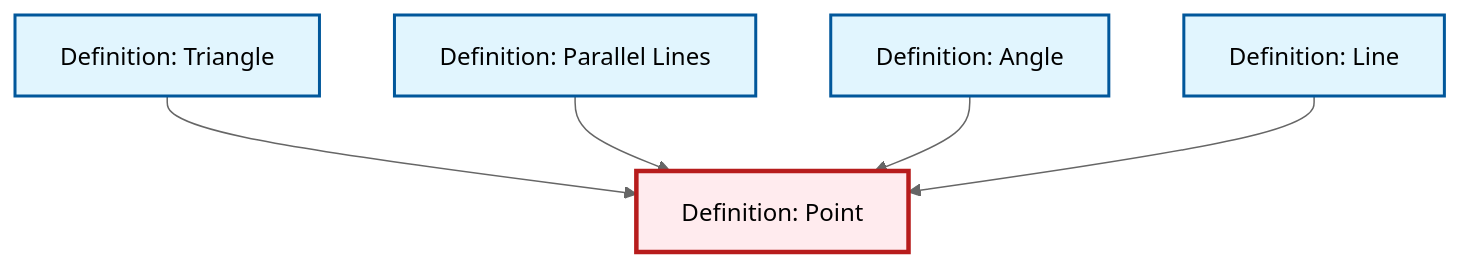
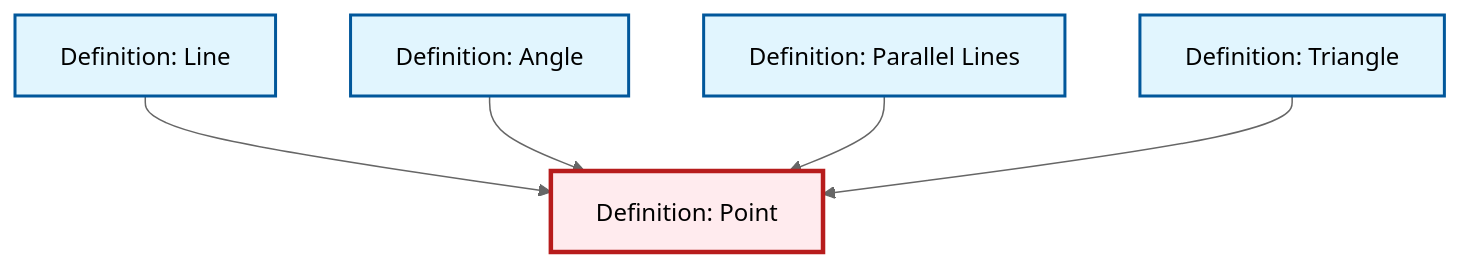
Before and after one commit to RK0429/ModernMath: the diagram in content/en/geometry/def-point.qmd, drawn with Mermaid (neutral theme). The commit also changed other lines of this file and 474 other files, not shown here.

````diff
--- a/content/en/geometry/def-point.qmd
+++ b/content/en/geometry/def-point.qmd
@@ -39,23 +39,23 @@
 ```{mermaid}
 %%| fig-cap: "Local dependency graph"
 graph TD
     classDef definition fill:#e1f5fe,stroke:#01579b,stroke-width:2px
     classDef theorem fill:#f3e5f5,stroke:#4a148c,stroke-width:2px
     classDef axiom fill:#fff3e0,stroke:#e65100,stroke-width:2px
     classDef example fill:#e8f5e9,stroke:#1b5e20,stroke-width:2px
     classDef current fill:#ffebee,stroke:#b71c1c,stroke-width:3px
+    def-triangle["Definition: Triangle"]:::definition
+    def-point["Definition: Point"]:::definition
     def-line["Definition: Line"]:::definition
-    def-triangle["Definition: Triangle"]:::definition
+    def-parallel["Definition: Parallel Lines"]:::definition
     def-angle["Definition: Angle"]:::definition
-    def-parallel["Definition: Parallel Lines"]:::definition
-    def-point["Definition: Point"]:::definition
+    def-line --> def-point
+    def-angle --> def-point
+    def-parallel --> def-point
     def-triangle --> def-point
-    def-parallel --> def-point
-    def-angle --> def-point
-    def-line --> def-point
     class def-point current
+    click def-triangle "def-triangle.html" "Go to Triangle definition"
     click def-line "def-line.html" "Go to Line definition"
-    click def-triangle "def-triangle.html" "Go to Triangle definition"
+    click def-parallel "def-parallel.html" "Go to Parallel Lines definition"
     click def-angle "def-angle.html" "Go to Angle definition"
-    click def-parallel "def-parallel.html" "Go to Parallel Lines definition"
 ```
````
